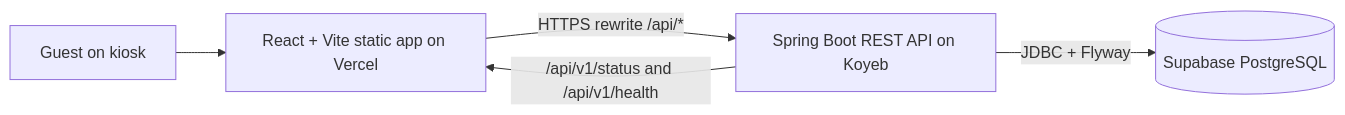
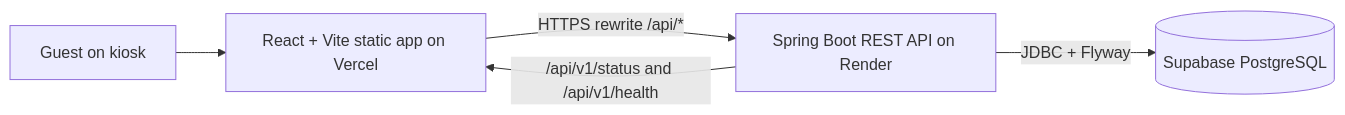
Before and after one commit to AivaN-Bash/Hotel_Checkin: the first of 2 diagrams in docs/architecture.md, drawn with Mermaid. The commit also changed other lines of this file and 12 other files, not shown here.

Commit message:
Improve kiosk checkout and booking flow

````diff
--- a/docs/architecture.md
+++ b/docs/architecture.md
@@ -3,7 +3,7 @@
 ```mermaid
 flowchart LR
   Guest[Guest on kiosk] --> Vercel[React + Vite static app on Vercel]
-  Vercel -->|HTTPS rewrite /api/*| API[Spring Boot REST API on Koyeb]
+  Vercel -->|HTTPS rewrite /api/*| API[Spring Boot REST API on Render]
   API -->|JDBC + Flyway| DB[(Supabase PostgreSQL)]
   API -->|/api/v1/status and /api/v1/health| Vercel
 ```
````
